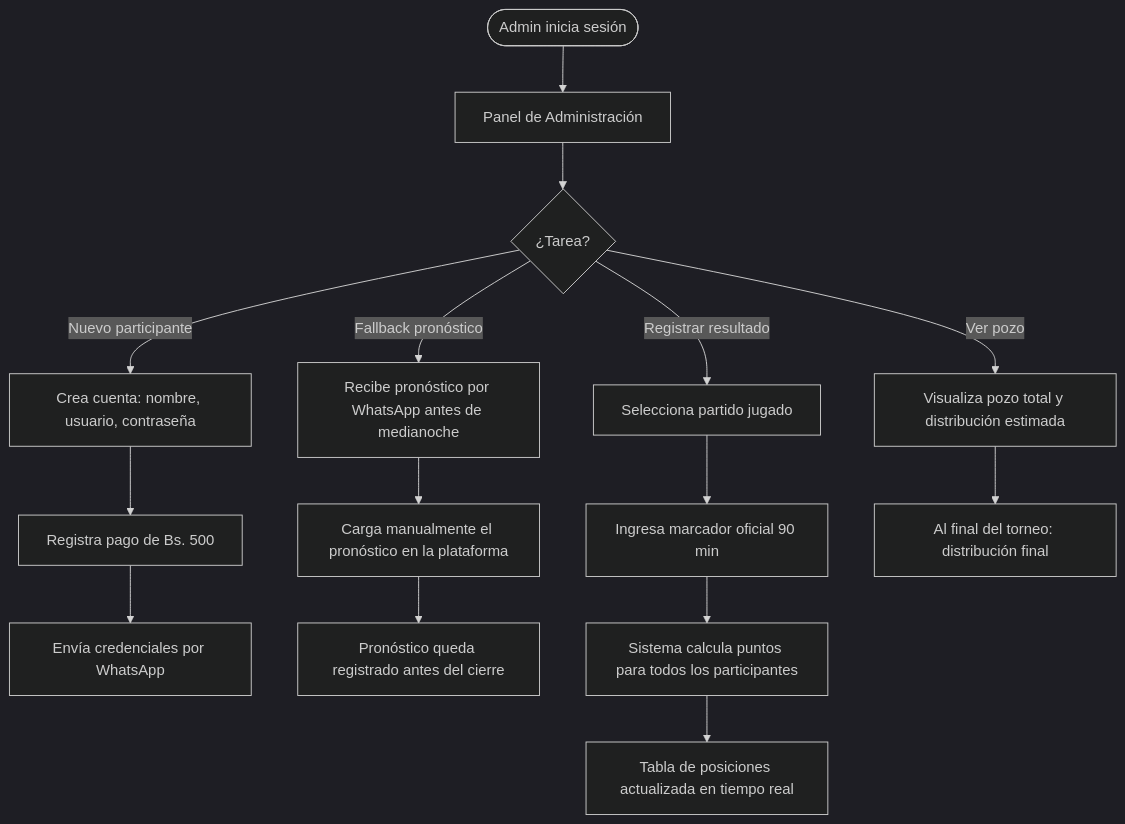
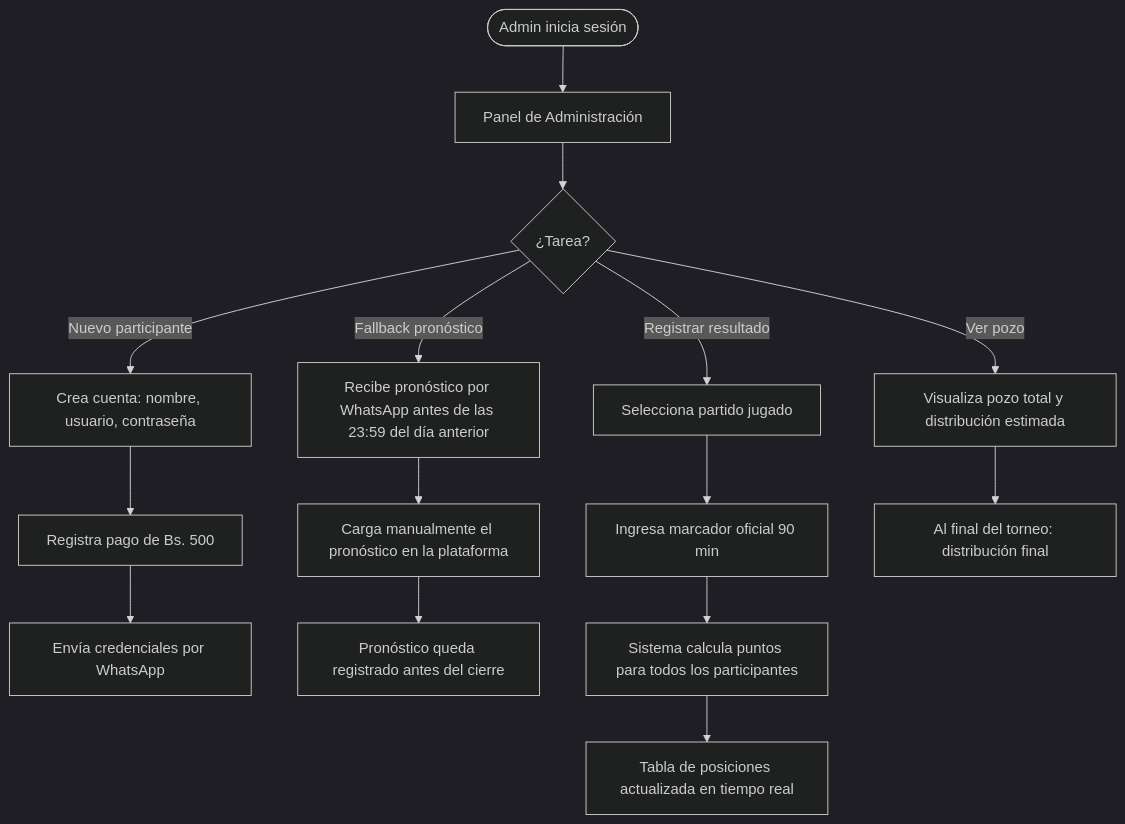
The second of 3 diagrams in docs/PRD_v0.1.md (cgomez-mpsia/pronostico-mundial-2026), drawn with Mermaid (dark theme) before and after one commit. The commit also changed other lines of this file and 9 other files, not shown here.

````diff
--- a/docs/PRD_v0.1.md
+++ b/docs/PRD_v0.1.md
@@ -192,17 +192,17 @@
 ```mermaid
 flowchart TD
     A([Admin inicia sesión]) --> B[Panel de Administración]
     B --> C{¿Tarea?}
     C -->|Nuevo participante| D[Crea cuenta: nombre, usuario, contraseña]
     D --> E[Registra pago de Bs. 500]
     E --> F[Envía credenciales por WhatsApp]
-    C -->|Fallback pronóstico| G[Recibe pronóstico por WhatsApp antes de medianoche]
+    C -->|Fallback pronóstico| G[Recibe pronóstico por WhatsApp antes de las 23:59 del día anterior]
     G --> H[Carga manualmente el pronóstico en la plataforma]
     H --> I[Pronóstico queda registrado antes del cierre]
     C -->|Registrar resultado| J[Selecciona partido jugado]
     J --> K[Ingresa marcador oficial 90 min]
     K --> L[Sistema calcula puntos para todos los participantes]
     L --> M[Tabla de posiciones actualizada en tiempo real]
     C -->|Ver pozo| N[Visualiza pozo total y distribución estimada]
     N --> O[Al final del torneo: distribución final]
 ```
````
